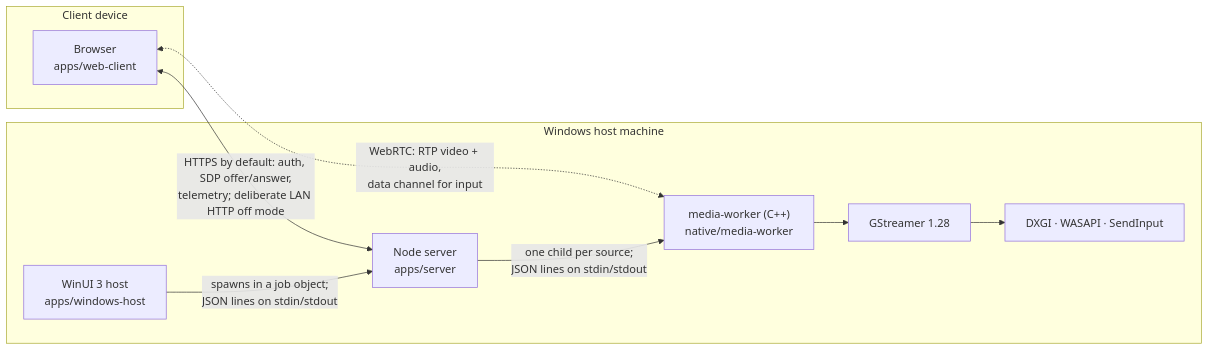
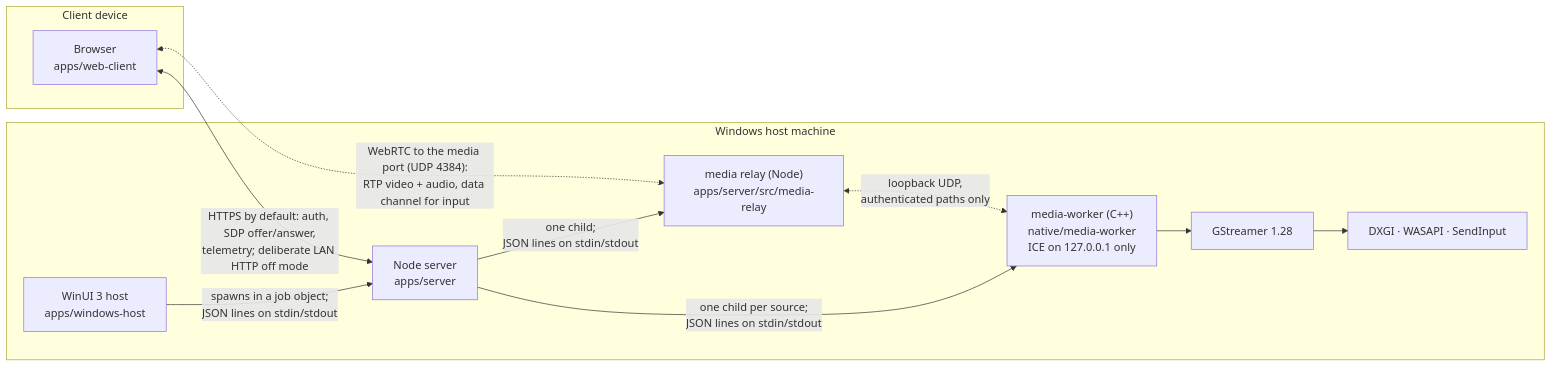
One commit to kiforsbe/vidvnc changed the first of 18 diagrams in docs/ARCHITECTURE.md. Above: the diagram before and after it, drawn with Mermaid. The commit also changed other lines of this file and 7 other files, not shown here.

First line of the commit message:
Docs: document the media relay (R4 phase 1)

````diff
--- a/docs/ARCHITECTURE.md
+++ b/docs/ARCHITECTURE.md
@@ -18,20 +18,23 @@
 ```mermaid
 flowchart LR
     subgraph client["Client device"]
         browser["Browser<br/>apps/web-client"]
     end
 
     subgraph machine["Windows host machine"]
         host["WinUI 3 host<br/>apps/windows-host"]
         server["Node server<br/>apps/server"]
-        worker["media-worker (C++)<br/>native/media-worker"]
+        relay["media relay (Node)<br/>apps/server/src/media-relay"]
+        worker["media-worker (C++)<br/>native/media-worker<br/>ICE on 127.0.0.1 only"]
         gst["GStreamer 1.28"]
         win["DXGI · WASAPI · SendInput"]
     end
 
     browser <-->|"HTTPS by default: auth, SDP offer/answer,<br/>telemetry; deliberate LAN HTTP off mode"| server
-    browser <-.->|"WebRTC: RTP video + audio,<br/>data channel for input"| worker
+    browser <-.->|"WebRTC to the media port (UDP 4384):<br/>RTP video + audio, data channel for input"| relay
+    relay <-.->|"loopback UDP,<br/>authenticated paths only"| worker
     host -->|"spawns in a job object;<br/>JSON lines on stdin/stdout"| server
+    server -->|"one child;<br/>JSON lines on stdin/stdout"| relay
     server -->|"one child per source;<br/>JSON lines on stdin/stdout"| worker
     worker --> gst --> win
 ```
````
